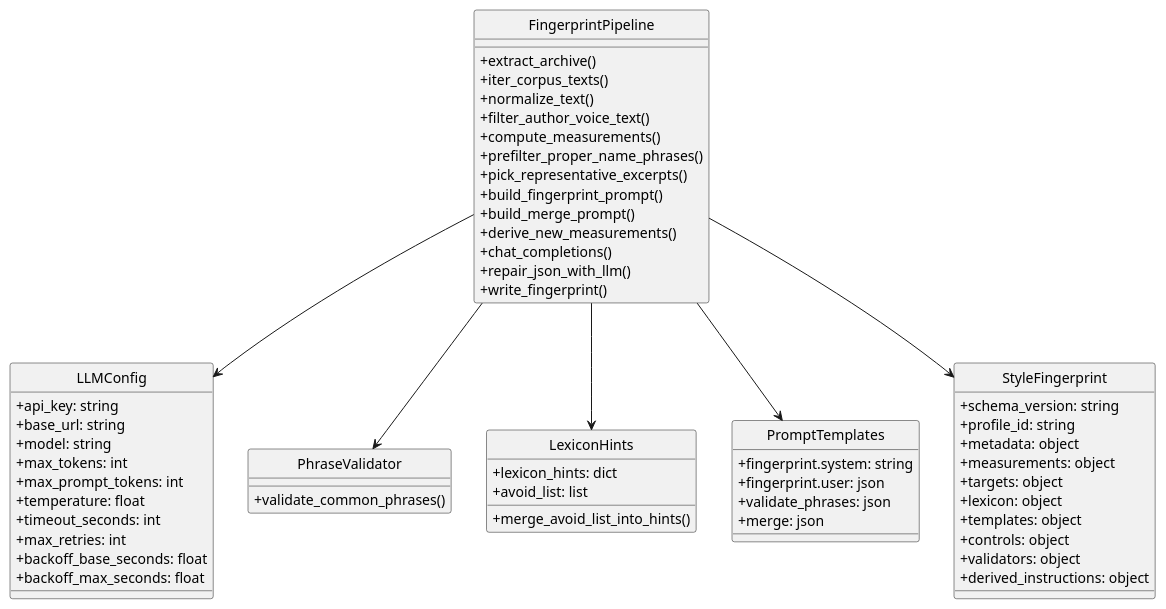
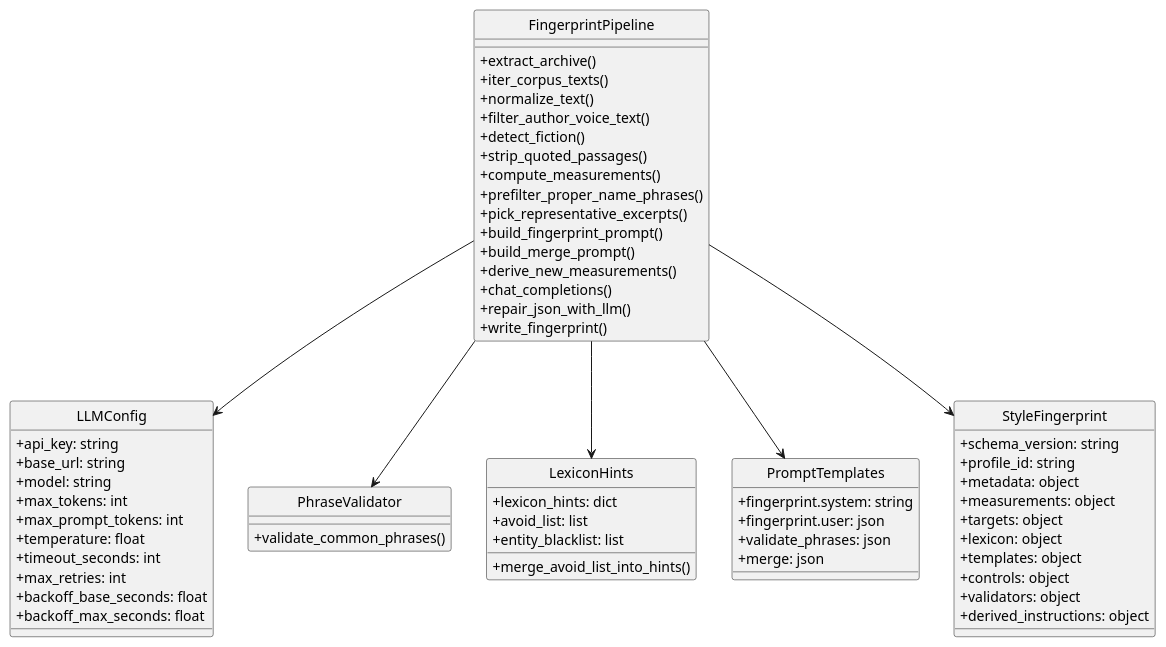
One commit to ngpepin/stylometric-transfer changed the first of 3 diagrams in UML-Fingerprint.md. Above: the diagram before and after it, drawn with PlantUML. The commit also changed other lines of this file and 4 other files, not shown here.

````diff
--- a/UML-Fingerprint.md
+++ b/UML-Fingerprint.md
@@ -7,71 +7,74 @@
 ```plantuml
 @startuml
 skinparam style strictuml
 skinparam classAttributeIconSize 0
 
 class LLMConfig {
   +api_key: string
   +base_url: string
   +model: string
   +max_tokens: int
   +max_prompt_tokens: int
   +temperature: float
   +timeout_seconds: int
   +max_retries: int
   +backoff_base_seconds: float
   +backoff_max_seconds: float
 }
 
 class FingerprintPipeline {
   +extract_archive()
   +iter_corpus_texts()
   +normalize_text()
   +filter_author_voice_text()
+  +detect_fiction()
+  +strip_quoted_passages()
   +compute_measurements()
   +prefilter_proper_name_phrases()
   +pick_representative_excerpts()
   +build_fingerprint_prompt()
   +build_merge_prompt()
   +derive_new_measurements()
   +chat_completions()
   +repair_json_with_llm()
   +write_fingerprint()
 }
 
 class PhraseValidator {
   +validate_common_phrases()
 }
 
 class LexiconHints {
   +lexicon_hints: dict
   +avoid_list: list
+  +entity_blacklist: list
   +merge_avoid_list_into_hints()
 }
 
 class PromptTemplates {
   +fingerprint.system: string
   +fingerprint.user: json
   +validate_phrases: json
   +merge: json
 }
 
 class StyleFingerprint {
   +schema_version: string
   +profile_id: string
   +metadata: object
   +measurements: object
   +targets: object
   +lexicon: object
   +templates: object
   +controls: object
   +validators: object
   +derived_instructions: object
 }
 
 FingerprintPipeline --> LLMConfig
 FingerprintPipeline --> PromptTemplates
 FingerprintPipeline --> PhraseValidator
 FingerprintPipeline --> LexiconHints
 FingerprintPipeline --> StyleFingerprint
 @enduml
 ```
````
